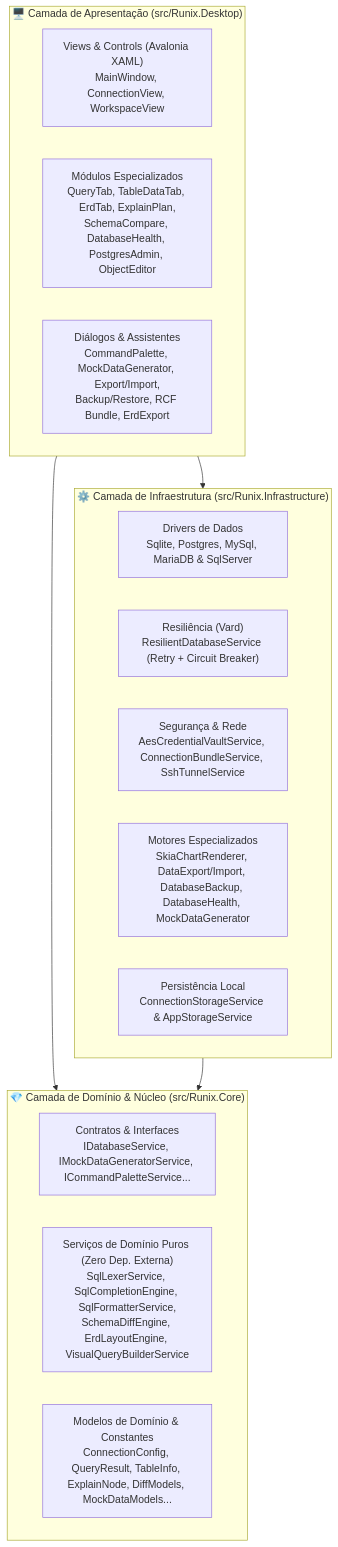
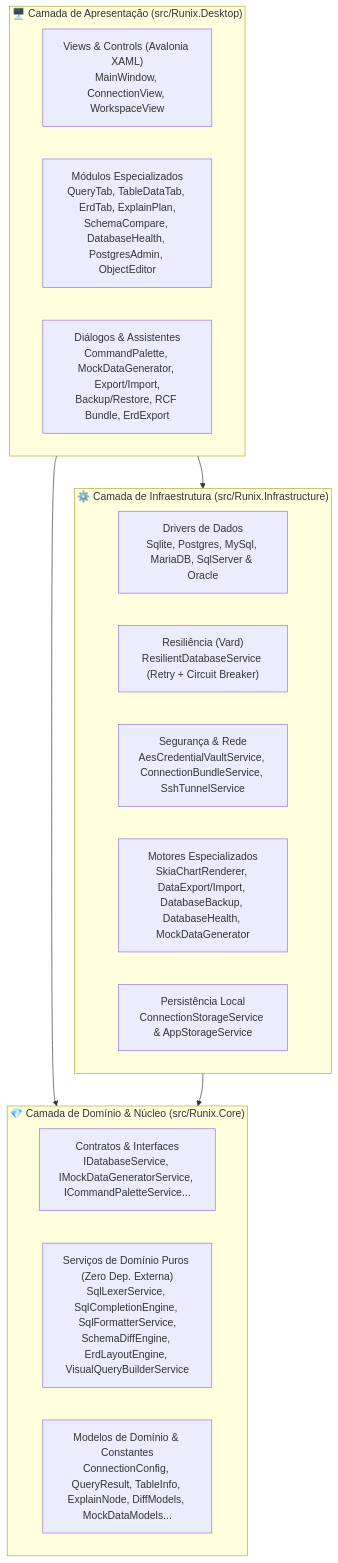
One commit to juniorschroder/Runix changed the diagram in README.pt-BR.md. Above: the diagram before and after it, drawn with Mermaid. The commit also changed other lines of this file and 1 other file, not shown here.

Commit message:
docs: add Oracle Database Enterprise Edition support to README (en-US & pt-BR)

````diff
--- a/README.pt-BR.md
+++ b/README.pt-BR.md
@@ -133,26 +137,26 @@
 ```mermaid
 flowchart TD
     subgraph Presentation ["🖥️ Camada de Apresentação (src/Runix.Desktop)"]
         UI["Views & Controls (Avalonia XAML)\nMainWindow, ConnectionView, WorkspaceView"]
         Tabs["Módulos Especializados\nQueryTab, TableDataTab, ErdTab, ExplainPlan,\nSchemaCompare, DatabaseHealth, PostgresAdmin, ObjectEditor"]
         Dialogs["Diálogos & Assistentes\nCommandPalette, MockDataGenerator, Export/Import,\nBackup/Restore, RCF Bundle, ErdExport"]
     end
 
     subgraph Infrastructure ["⚙️ Camada de Infraestrutura (src/Runix.Infrastructure)"]
-        Data["Drivers de Dados\nSqlite, Postgres, MySql, MariaDB & SqlServer"]
+        Data["Drivers de Dados\nSqlite, Postgres, MySql, MariaDB, SqlServer & Oracle"]
         Resilience["Resiliência (Vard)\nResilientDatabaseService (Retry + Circuit Breaker)"]
         Sec["Segurança & Rede\nAesCredentialVaultService, ConnectionBundleService, SshTunnelService"]
         Engines["Motores Especializados\nSkiaChartRenderer, DataExport/Import, DatabaseBackup, DatabaseHealth, MockDataGenerator"]
         Storage["Persistência Local\nConnectionStorageService & AppStorageService"]
     end
 
     subgraph Core ["💎 Camada de Domínio & Núcleo (src/Runix.Core)"]
         Interfaces["Contratos & Interfaces\nIDatabaseService, IMockDataGeneratorService, ICommandPaletteService..."]
         CoreServices["Serviços de Domínio Puros (Zero Dep. Externa)\nSqlLexerService, SqlCompletionEngine, SqlFormatterService,\nSchemaDiffEngine, ErdLayoutEngine, VisualQueryBuilderService"]
         Models["Modelos de Domínio & Constantes\nConnectionConfig, QueryResult, TableInfo, ExplainNode, DiffModels, MockDataModels..."]
     end
 
     Presentation --> Infrastructure
     Presentation --> Core
     Infrastructure --> Core
 ```
````
